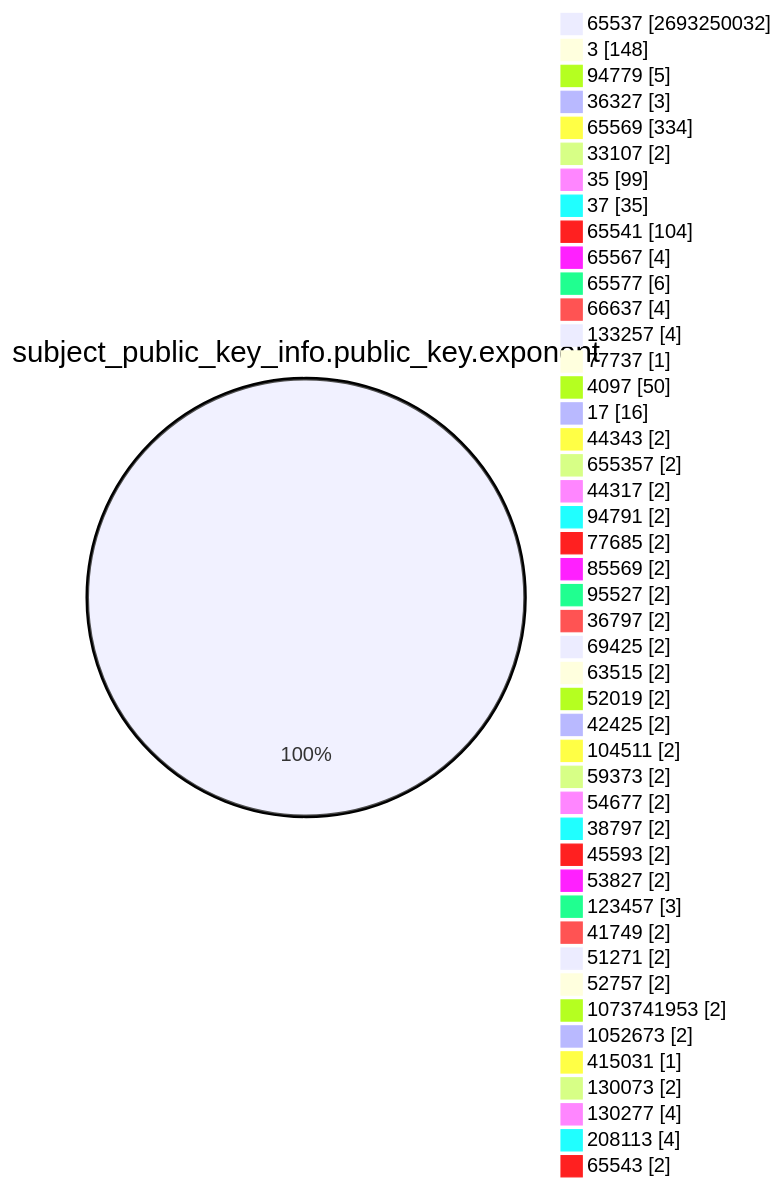
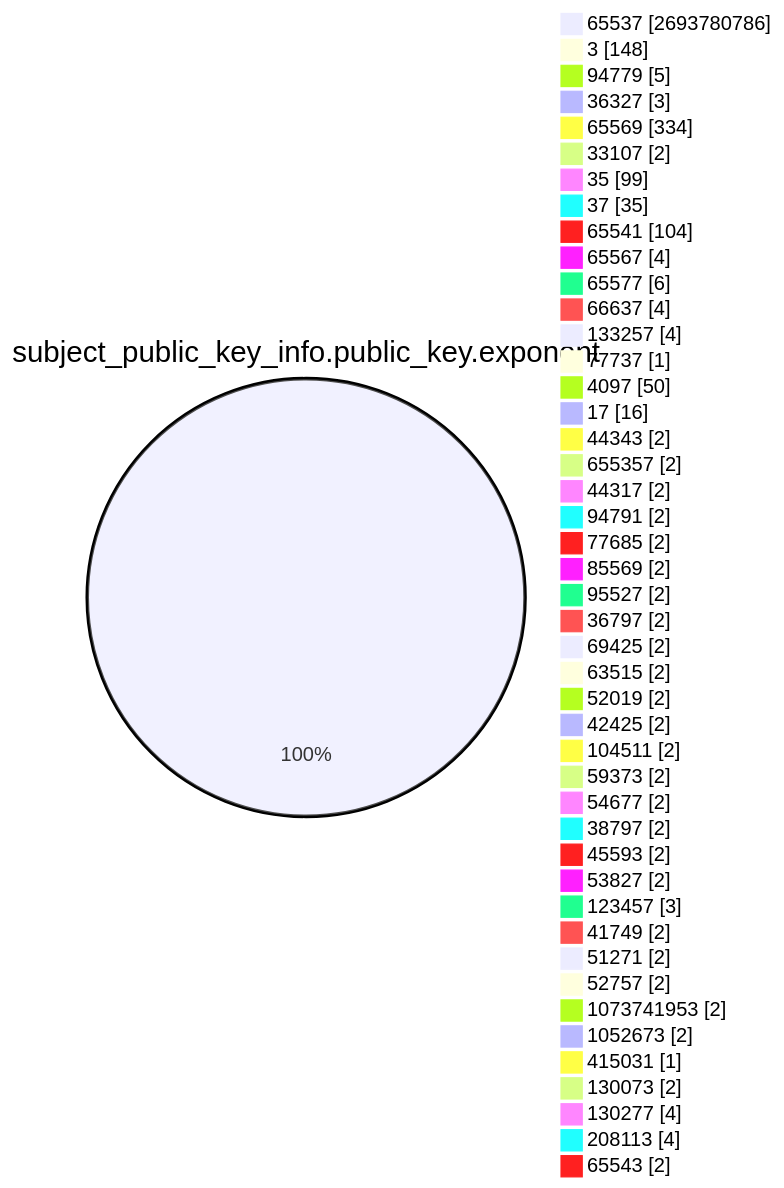
One commit to christiankrug/ctmonitor_visualization changed the fourth of 15 diagrams in TOTAL/README.md. Above: the diagram before and after it, drawn with Mermaid. The commit also changed other lines of this file, not shown here.

````diff
--- a/TOTAL/README.md
+++ b/TOTAL/README.md
@@ -1467,49 +1467,49 @@
 ```mermaid
 pie showData
 title subject_public_key_info.public_key.exponent
-"65537" :2693250032
+"65537" :2693780786
 "3" :148
 "94779" :5
 "36327" :3
 "65569" :334
 "33107" :2
 "35" :99
 "37" :35
 "65541" :104
 "65567" :4
 "65577" :6
 "66637" :4
 "133257" :4
 "77737" :1
 "4097" :50
 "17" :16
 "44343" :2
 "655357" :2
 "44317" :2
 "94791" :2
 "77685" :2
 "85569" :2
 "95527" :2
 "36797" :2
 "69425" :2
 "63515" :2
 "52019" :2
 "42425" :2
 "104511" :2
 "59373" :2
 "54677" :2
 "38797" :2
 "45593" :2
 "53827" :2
 "123457" :3
 "41749" :2
 "51271" :2
 "52757" :2
 "1073741953" :2
 "1052673" :2
 "415031" :1
 "130073" :2
 "130277" :4
 "208113" :4
 "65543" :2
 ```
````
